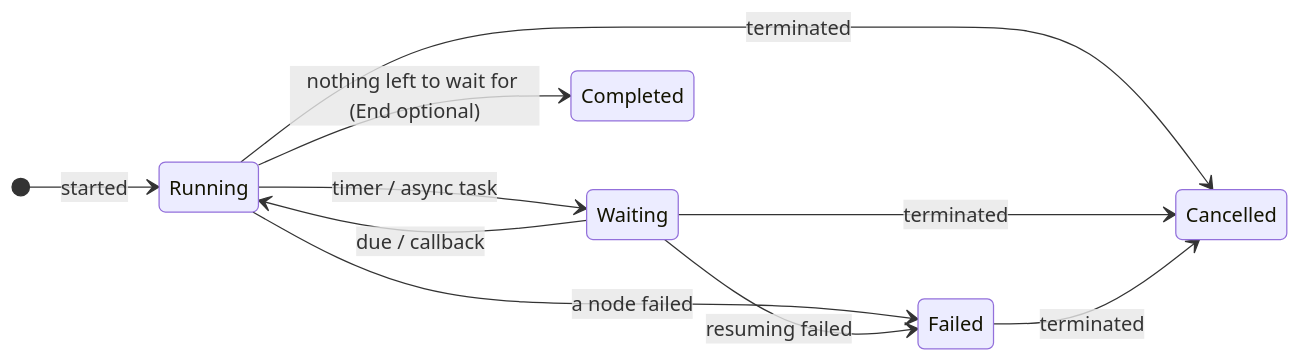
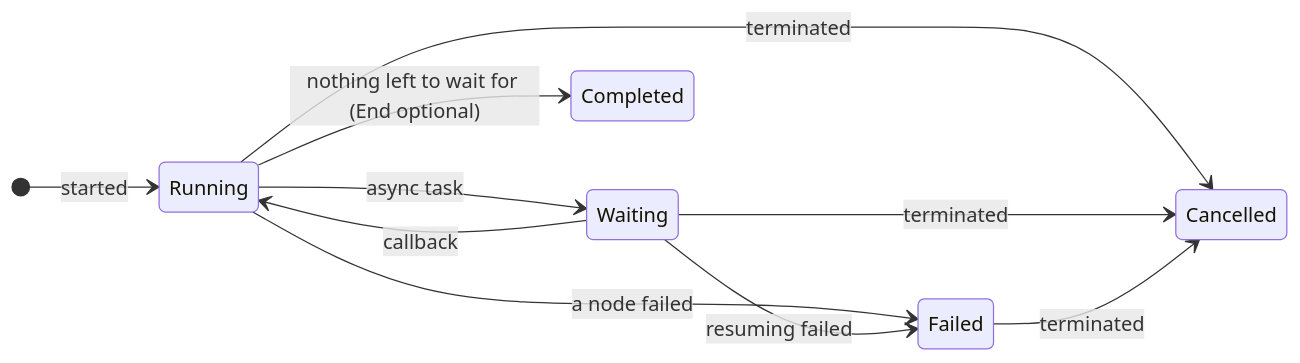
The second of 2 diagrams in content/en-US/docs/features/flow/automation.mdx (softa-io/softa-docs), drawn with Mermaid before and after one commit. The commit also changed other lines of this file and 27 other files, not shown here.

````diff
--- a/content/en-US/docs/features/flow/automation.mdx
+++ b/content/en-US/docs/features/flow/automation.mdx
@@ -95,13 +95,13 @@
 ```mermaid
 stateDiagram-v2
     direction LR
     [*] --> Running: started
-    Running --> Waiting: timer / async task
-    Waiting --> Running: due / callback
+    Running --> Waiting: async task
+    Waiting --> Running: callback
     Running --> Completed: nothing left to wait for (End optional)
     Running --> Failed: a node failed
     Waiting --> Failed: resuming failed
     Running --> Cancelled: terminated
     Waiting --> Cancelled: terminated
     Failed --> Cancelled: terminated
 ```
````
